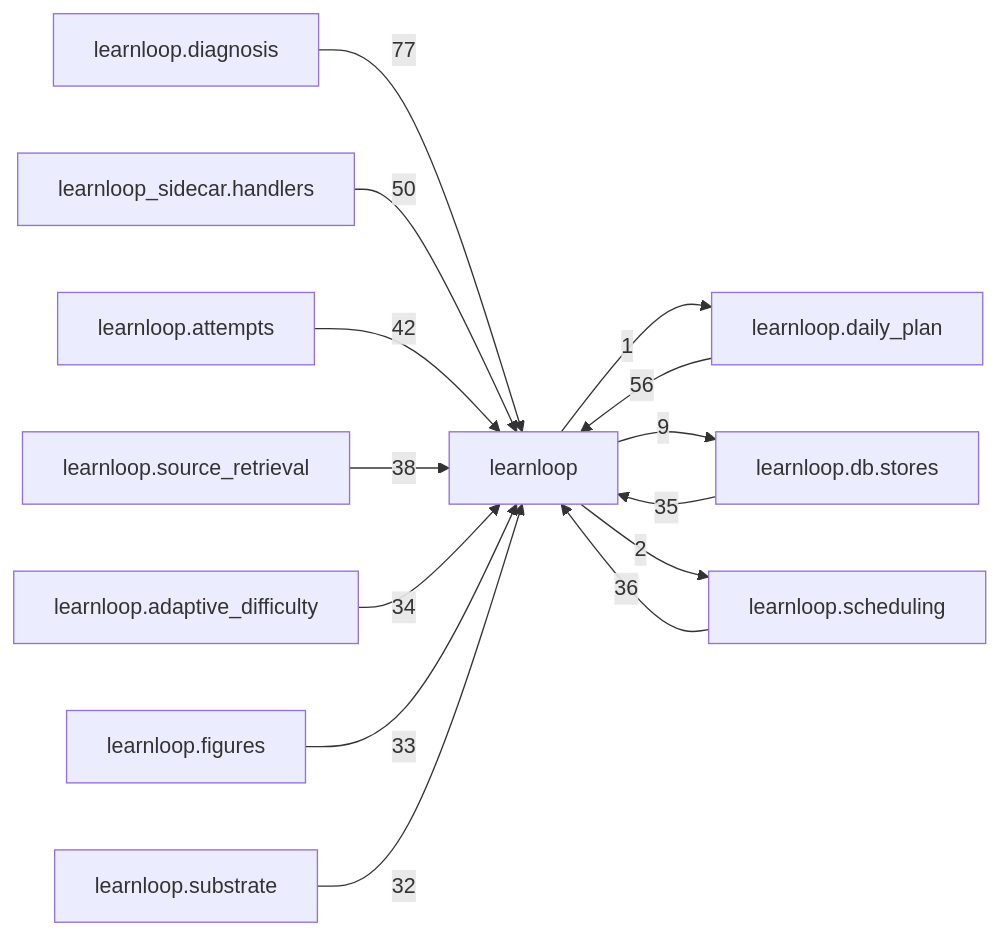
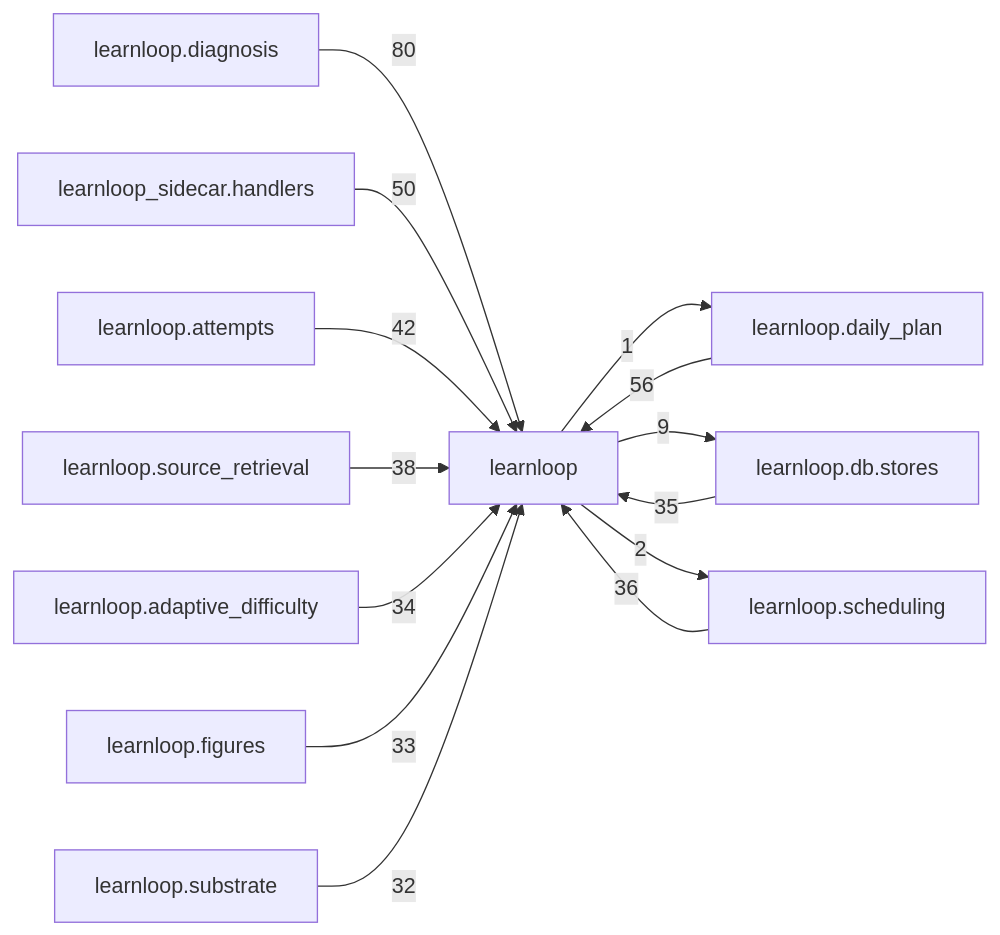
One commit to 6up-b/learnanything changed the diagram in docs/learnloop-architecture-vault/Reference/Modules/learnloop/_package.md. Above: the diagram before and after it, drawn with Mermaid. The commit also changed other lines of this file and 63 other files, not shown here.

````diff
--- a/docs/learnloop-architecture-vault/Reference/Modules/learnloop/_package.md
+++ b/docs/learnloop-architecture-vault/Reference/Modules/learnloop/_package.md
@@ -259,27 +259,27 @@
 ```mermaid
 flowchart LR
     center["learnloop"]
     n_learnloop_diagnosis["learnloop.diagnosis"]
     n_learnloop_daily_plan["learnloop.daily_plan"]
     n_learnloop_sidecar_handlers["learnloop_sidecar.handlers"]
     n_learnloop_db_stores["learnloop.db.stores"]
     n_learnloop_attempts["learnloop.attempts"]
     n_learnloop_scheduling["learnloop.scheduling"]
     n_learnloop_source_retrieval["learnloop.source_retrieval"]
     n_learnloop_adaptive_difficulty["learnloop.adaptive_difficulty"]
     n_learnloop_figures["learnloop.figures"]
     n_learnloop_substrate["learnloop.substrate"]
-    n_learnloop_diagnosis -->|77| center
+    n_learnloop_diagnosis -->|80| center
     n_learnloop_daily_plan -->|56| center
     center -->|1| n_learnloop_daily_plan
     n_learnloop_sidecar_handlers -->|50| center
     n_learnloop_db_stores -->|35| center
     center -->|9| n_learnloop_db_stores
     n_learnloop_attempts -->|42| center
     n_learnloop_scheduling -->|36| center
     center -->|2| n_learnloop_scheduling
     n_learnloop_source_retrieval -->|38| center
     n_learnloop_adaptive_difficulty -->|34| center
     n_learnloop_figures -->|33| center
     n_learnloop_substrate -->|32| center
 ```
````
